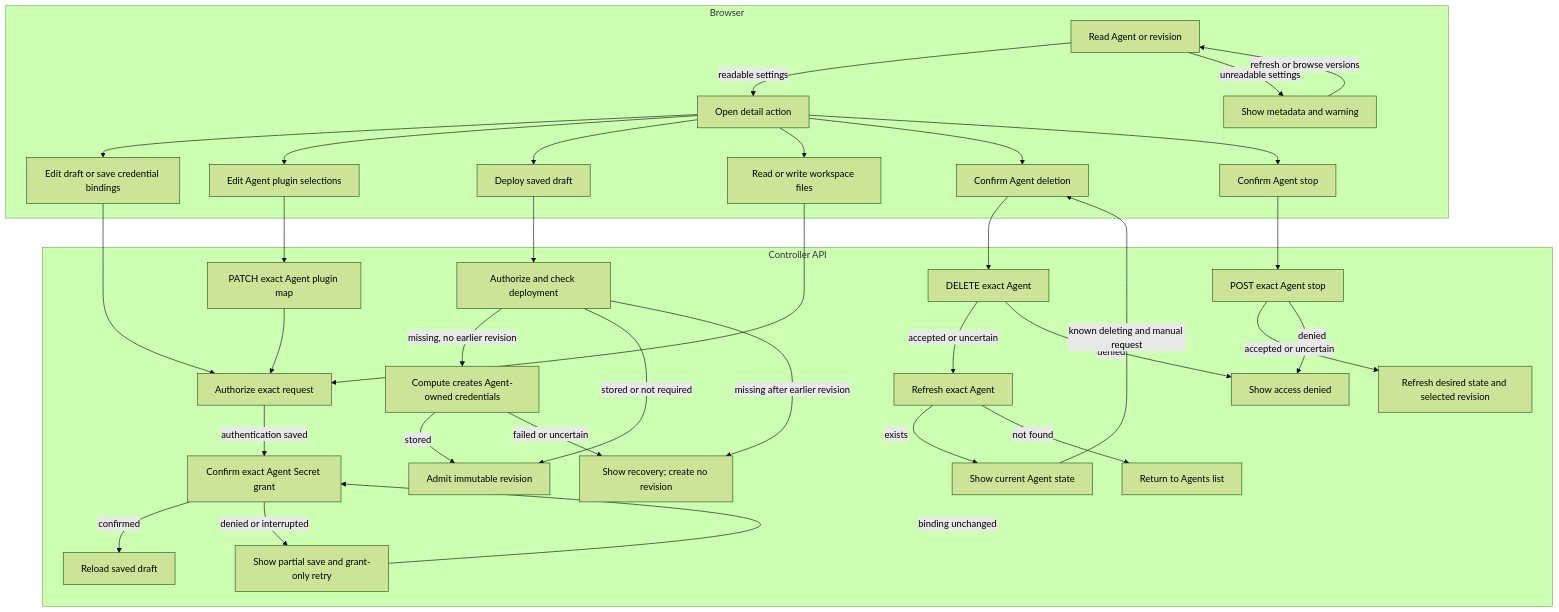
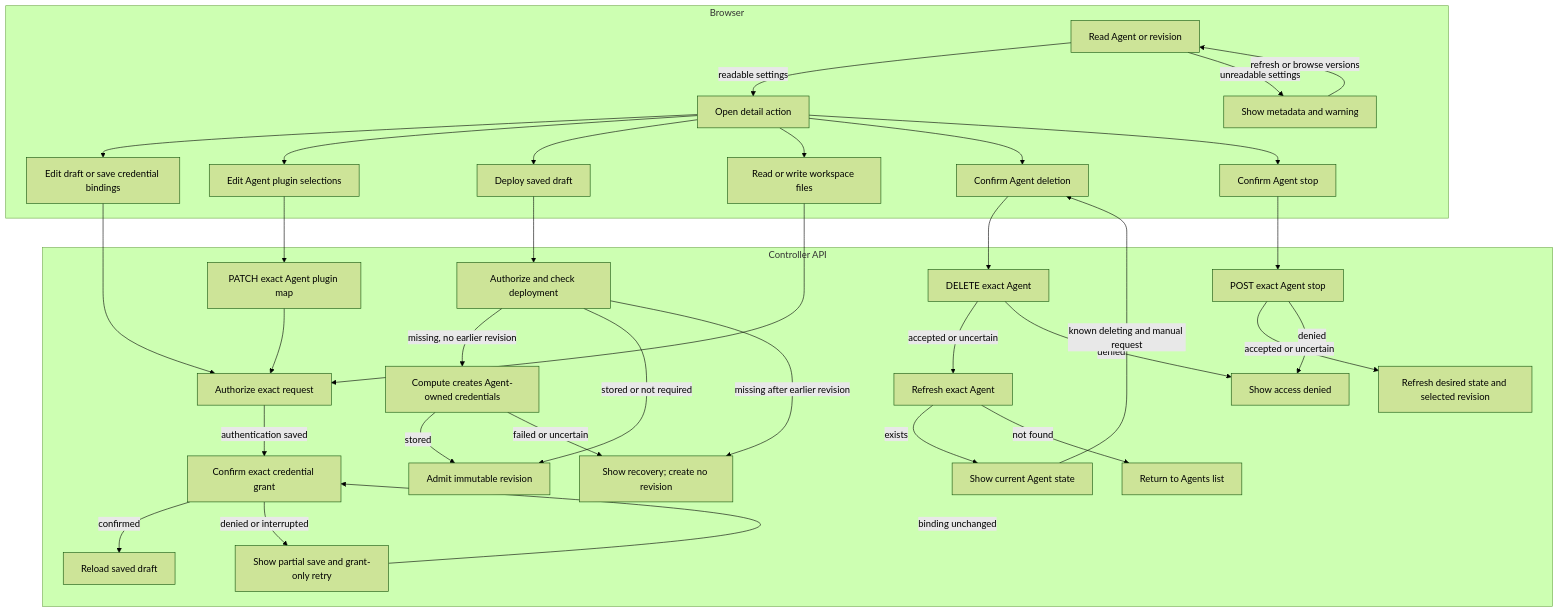
Before and after one commit to PalmPalm7/openclaw-enterprise: the diagram in docs/flows/platform-console/agent-editing.md, drawn with Mermaid (forest theme). The commit also changed other lines of this file and 133 other files, not shown here.

````diff
--- a/docs/flows/platform-console/agent-editing.md
+++ b/docs/flows/platform-console/agent-editing.md
@@ -24,39 +23,39 @@
 ```mermaid
 graph TD
   subgraph Browser["Browser"]
     A["Read Agent or revision"] -->|readable settings| B["Open detail action"]
     A -->|unreadable settings| AE["Show metadata and warning"]
     AE -->|refresh or browse versions| A
     B --> C["Edit draft or save credential bindings"]
     B --> P["Edit Agent plugin selections"]
     B --> Q["Deploy saved draft"]
     B --> D["Read or write workspace files"]
     B --> E["Confirm Agent deletion"]
     B --> S["Confirm Agent stop"]
   end
   subgraph API["Controller API"]
     C --> F["Authorize exact request"]
     P --> PA["PATCH exact Agent plugin map"]
     PA --> F
     Q --> Y["Authorize and check deployment"]
     Y -->|missing, no earlier revision| Z["Compute creates Agent-owned credentials"]
     Y -->|stored or not required| R["Admit immutable revision"]
     Z -->|stored| R
     Z -->|failed or uncertain| N["Show recovery; create no revision"]
     Y -->|missing after earlier revision| N
-    F -->|authentication saved| V["Confirm exact Agent Secret grant"]
+    F -->|authentication saved| V["Confirm exact credential grant"]
     V -->|confirmed| W["Reload saved draft"]
     V -->|denied or interrupted| X["Show partial save and grant-only retry"]
     X -->|binding unchanged| V
     D --> F
     E --> G["DELETE exact Agent"]
     S --> T["POST exact Agent stop"]
     T -->|accepted or uncertain| U["Refresh desired state and selected revision"]
     T -->|denied| I
     G -->|accepted or uncertain| H["Refresh exact Agent"]
     G -->|denied| I["Show access denied"]
     H -->|exists| J["Show current Agent state"]
     J -->|known deleting and manual request| E
     H -->|not found| K["Return to Agents list"]
   end
 ```
````
